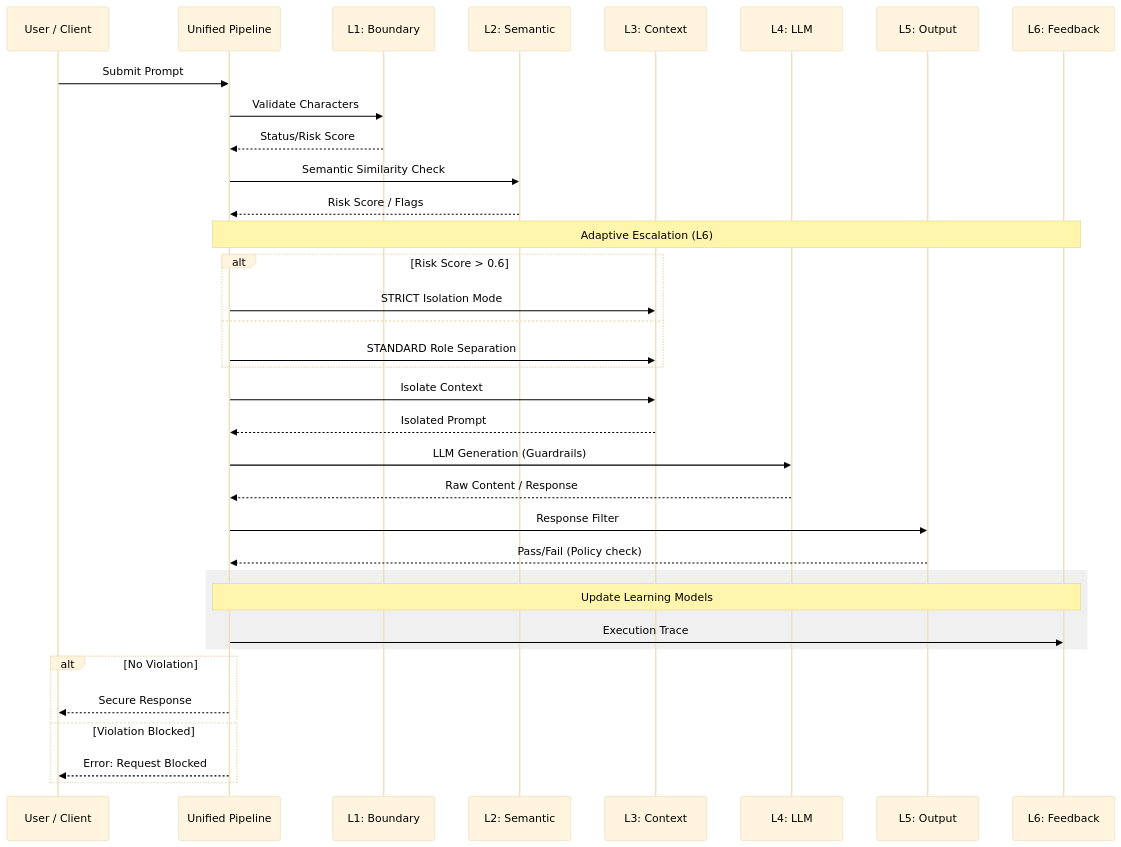
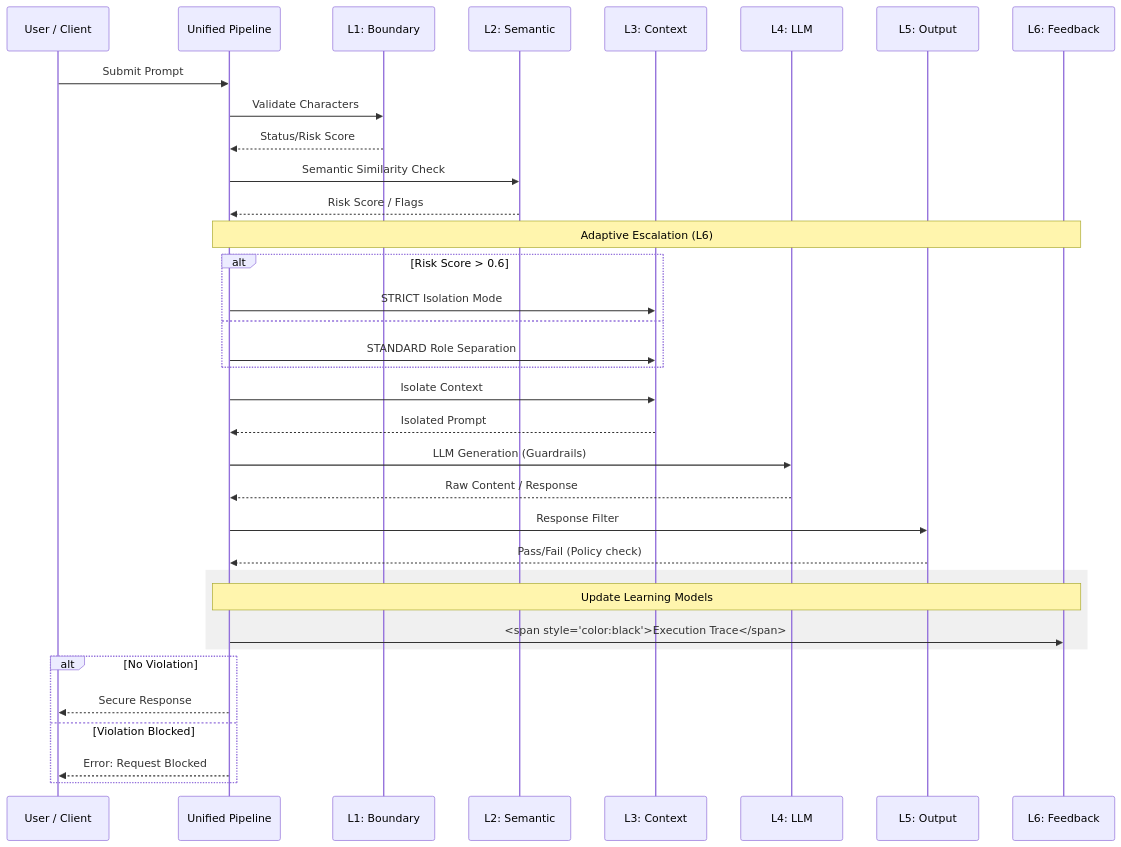
The diagram in DOCS/data_flow.md (ArindamTripathi619/prompt-injection-experiments), drawn with Mermaid before and after one commit.

Commit message:
fix: force black text for Execution Trace label in data_flow.md

````diff
--- a/DOCS/data_flow.md
+++ b/DOCS/data_flow.md
@@ -9,46 +9,45 @@
 ```mermaid
-%%{init: {'theme': 'base', 'themeVariables': { 'primaryTextColor': '#000', 'noteTextColor': '#000', 'actorTextColor': '#000', 'lineColor': '#000' }}}%%
 sequenceDiagram
     participant U as User / Client
     participant P as Unified Pipeline
     participant L1 as L1: Boundary
     participant L2 as L2: Semantic
     participant L3 as L3: Context
     participant L4 as L4: LLM
     participant L5 as L5: Output
     participant L6 as L6: Feedback
 
     U->>P: Submit Prompt
     P->>L1: Validate Characters
     L1-->>P: Status/Risk Score
 
     P->>L2: Semantic Similarity Check
     L2-->>P: Risk Score / Flags
 
     Note over P, L6: Adaptive Escalation (L6)
     alt Risk Score > 0.6
         P->>L3: STRICT Isolation Mode
     else
         P->>L3: STANDARD Role Separation
     end
 
     P->>L3: Isolate Context
     L3-->>P: Isolated Prompt
 
     P->>L4: LLM Generation (Guardrails)
     L4-->>P: Raw Content / Response
 
     P->>L5: Response Filter
     L5-->>P: Pass/Fail (Policy check)
 
     rect rgb(240, 240, 240)
     Note over P, L6: Update Learning Models
-    P->>L6: Execution Trace
+    P->>L6: <span style="color:black">Execution Trace</span>
     end
 
     alt No Violation
         P-->>U: Secure Response
     else Violation Blocked
         P-->>U: Error: Request Blocked
     end
 ```
````
